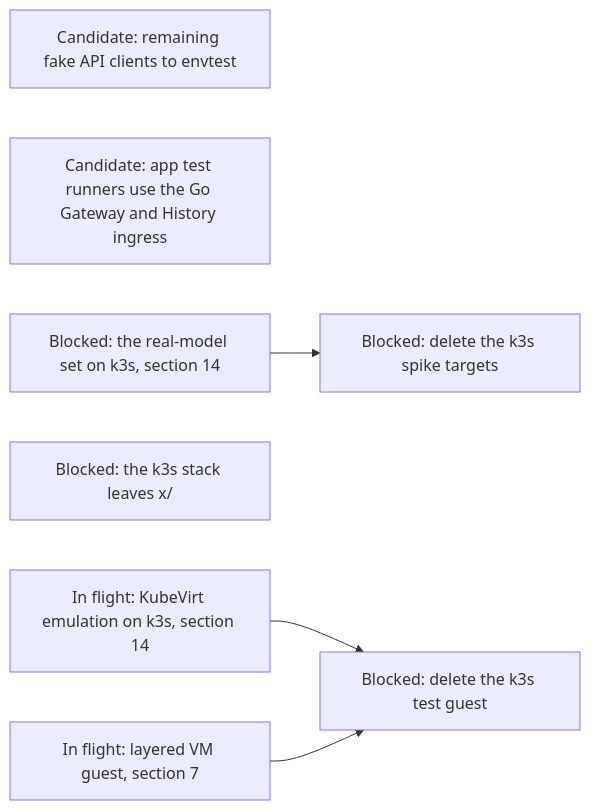
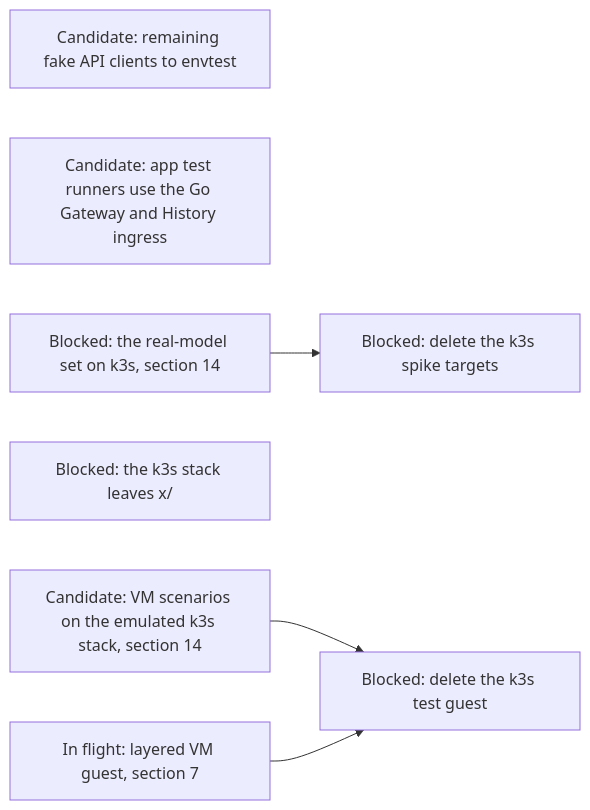
Before and after one commit to agentydragon-agent/ducktape: diagram 19 of 19 in agentplane/plans/task_dag.md, drawn with Mermaid. The commit also changed other lines of this file and 22 other files, not shown here.

First line of the commit message:
agentplane: boot a VM Sandbox on the k3s stack under KubeVirt emulation

````diff
--- a/agentplane/plans/task_dag.md
+++ b/agentplane/plans/task_dag.md
@@ -2067,9 +2041,9 @@
 ```mermaid
 flowchart LR
     FAKE_CLIENTS_TO_ENVTEST[Candidate: remaining fake API clients to envtest]
     APP_TEST_RUNNER_FIXTURES_GO[Candidate: app test runners use the Go Gateway and History ingress]
     K3S_MODEL_SCENARIOS[Blocked: the real-model set on k3s, section 14] --> K3S_SPIKE_TARGETS_RETIRE[Blocked: delete the k3s spike targets]
     K3S_ENV_OUT_OF_X[Blocked: the k3s stack leaves x/]
-    K3S_VM_ACCEPTANCE[In flight: KubeVirt emulation on k3s, section 14] --> K3S_TEST_GUEST_RETIRE[Blocked: delete the k3s test guest]
+    K3S_VM_ACCEPTANCE[Candidate: VM scenarios on the emulated k3s stack, section 14] --> K3S_TEST_GUEST_RETIRE[Blocked: delete the k3s test guest]
     RUNNER_LAYERING_VM[In flight: layered VM guest, section 7] --> K3S_TEST_GUEST_RETIRE
 ```
````
